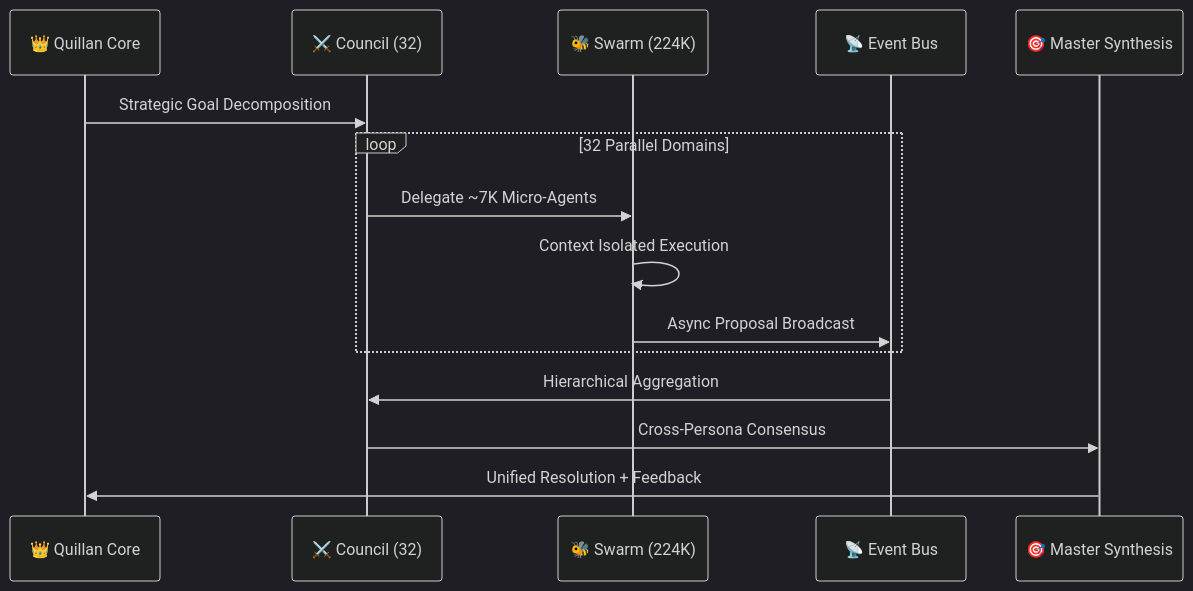
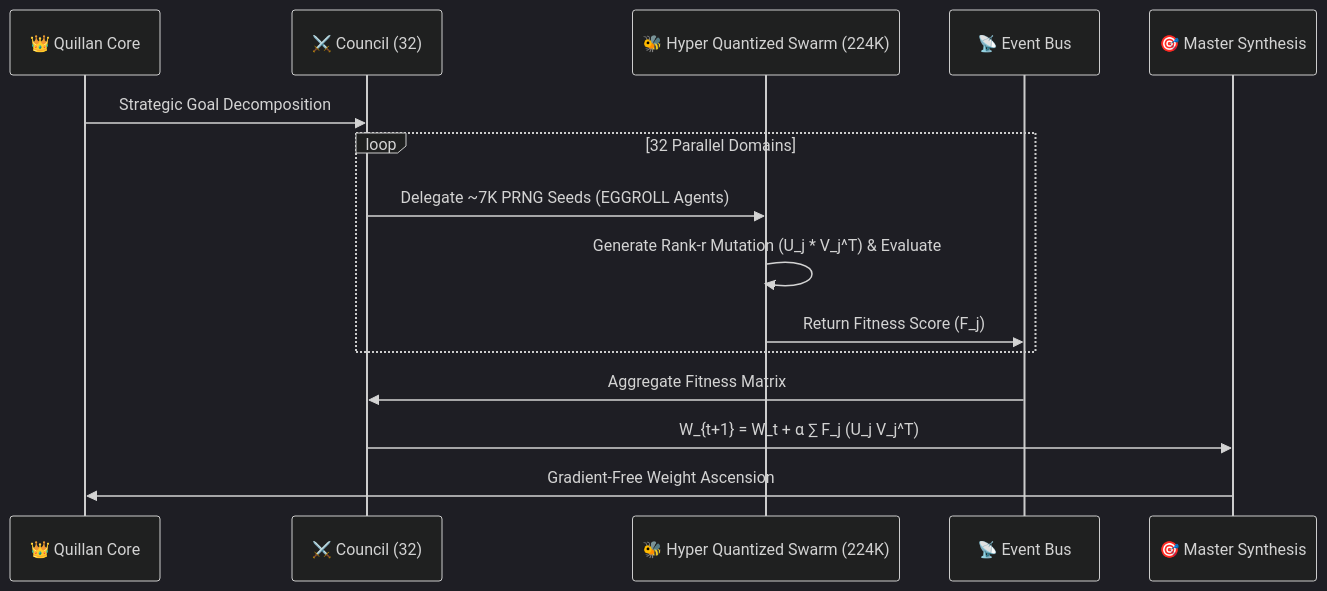
Diagram 28 of 46 in Quillan Knowledge files/3-Quillan(reality).md (leeex1/Ace-v4.2-repo), drawn with Mermaid (dark theme) before and after one commit. The commit also changed other lines of this file and 3 other files, not shown here.

````diff
--- a/Quillan Knowledge files/3-Quillan(reality).md
+++ b/Quillan Knowledge files/3-Quillan(reality).md
@@ -5222,18 +5225,18 @@
 ```mermaid
 sequenceDiagram
     participant Q as 👑 Quillan Core
     participant C as ⚔️ Council (32)
-    participant S as 🐝 Swarm (224K)
+    participant S as 🐝 Hyper Quantized Swarm (224K)
     participant B as 📡 Event Bus
     participant M as 🎯 Master Synthesis
 
     Q->>C: Strategic Goal Decomposition
     loop 32 Parallel Domains
-        C->>S: Delegate ~7K Micro-Agents
-        S->>S: Context Isolated Execution
-        S->>B: Async Proposal Broadcast
+        C->>S: Delegate ~7K PRNG Seeds (EGGROLL Agents)
+        S->>S: Generate Rank-r Mutation (U_j * V_j^T) & Evaluate
+        S->>B: Return Fitness Score (F_j)
     end
-    B->>C: Hierarchical Aggregation
-    C->>M: Cross-Persona Consensus
-    M->>Q: Unified Resolution + Feedback
+    B->>C: Aggregate Fitness Matrix
+    C->>M: W_{t+1} = W_t + α ∑ F_j (U_j V_j^T)
+    M->>Q: Gradient-Free Weight Ascension
 ```
````
